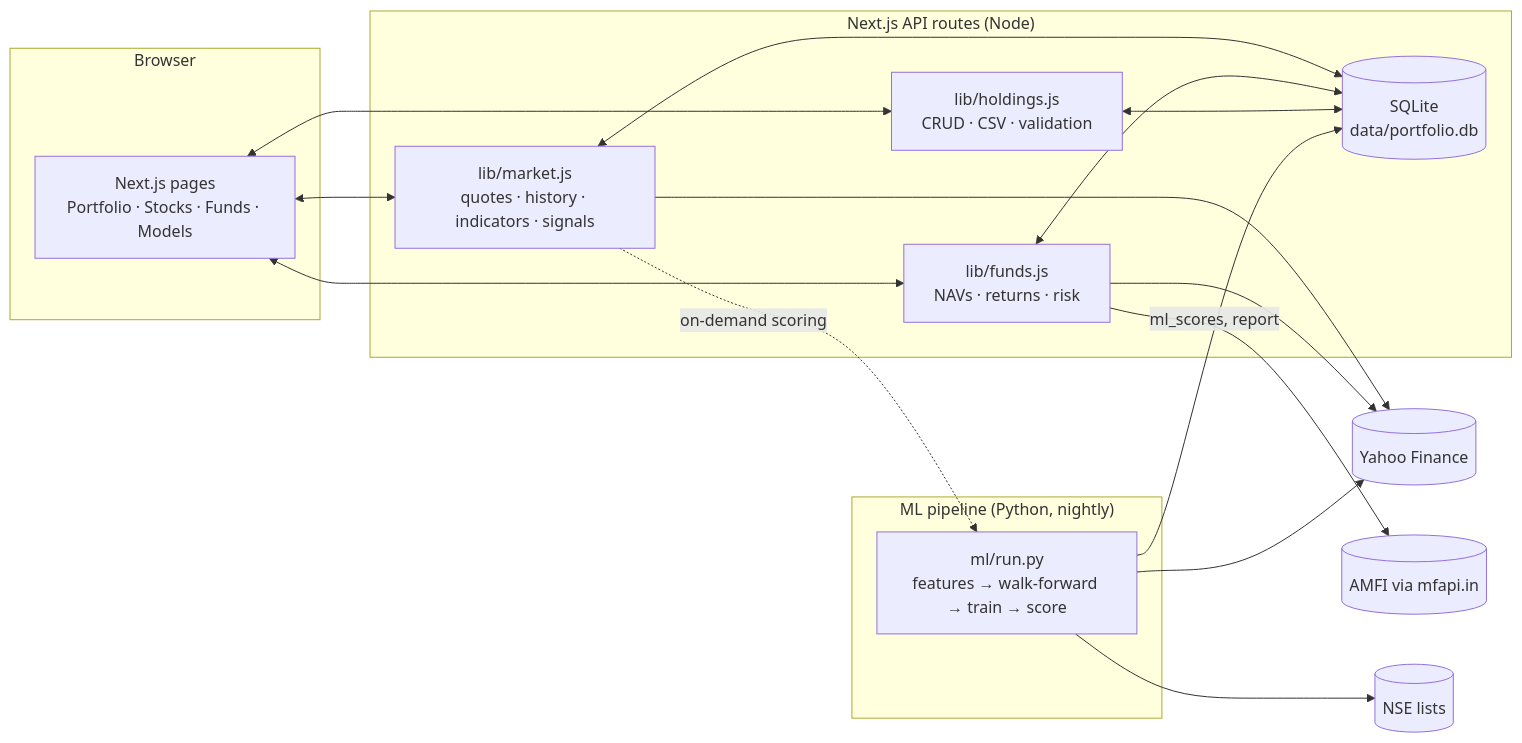
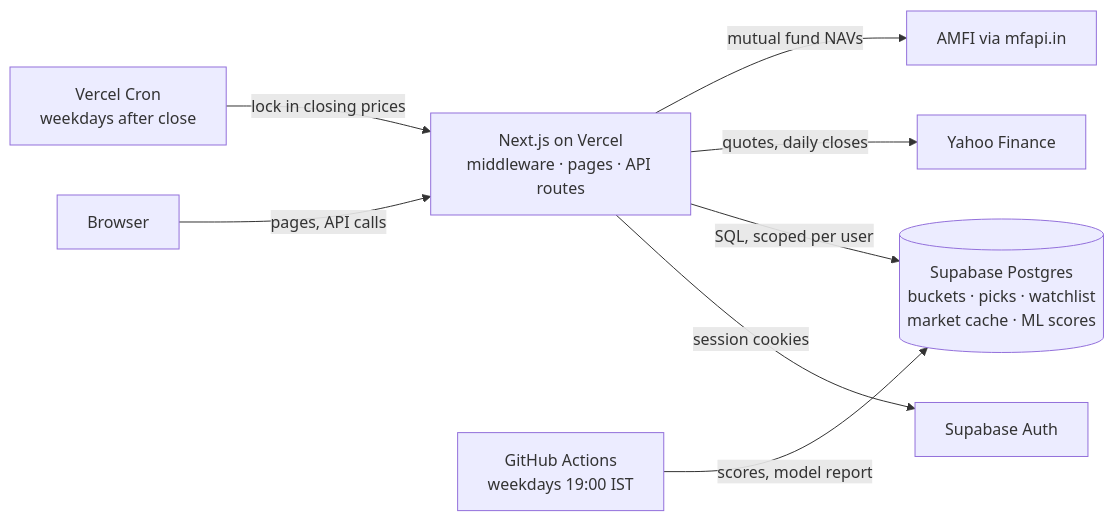
One commit to Pratyush1427/nifty-buy-sell changed the diagram in README.md. Above: the diagram before and after it, drawn with Mermaid. The commit also changed other lines of this file and 19 other files, not shown here.

````diff
--- a/README.md
+++ b/README.md
@@ -234,28 +81,10 @@
 ```mermaid
 flowchart LR
-  subgraph Browser
-    UI["Next.js pages<br/>Portfolio · Stocks · Funds · Models"]
-  end
-  subgraph Server["Next.js API routes (Node)"]
-    M["lib/market.js<br/>quotes · history · indicators · signals"]
-    F["lib/funds.js<br/>NAVs · returns · risk"]
-    H["lib/holdings.js<br/>CRUD · CSV · validation"]
-    DB[("SQLite<br/>data/portfolio.db")]
-  end
-  subgraph Python["ML pipeline (Python, nightly)"]
-    P["ml/run.py<br/>features → walk-forward → train → score"]
-  end
-  Y[(Yahoo Finance)]
-  A[(AMFI via mfapi.in)]
-  N[(NSE lists)]
-
-  UI <--> M & F & H
-  M --> Y
-  F --> A
-  F --> Y
-  M & F & H <--> DB
-  P --> Y
-  P --> N
-  P -- "ml_scores, report" --> DB
-  M -. "on-demand scoring" .-> P
+  U[Browser] -->|pages, API calls| V[Next.js on Vercel<br/>middleware · pages · API routes]
+  V -->|session cookies| A[Supabase Auth]
+  V -->|SQL, scoped per user| D[(Supabase Postgres<br/>buckets · picks · watchlist<br/>market cache · ML scores)]
+  V -->|quotes, daily closes| Y[Yahoo Finance]
+  V -->|mutual fund NAVs| M[AMFI via mfapi.in]
+  C[Vercel Cron<br/>weekdays after close] -->|lock in closing prices| V
+  G[GitHub Actions<br/>weekdays 19:00 IST] -->|scores, model report| D
 ```
````
